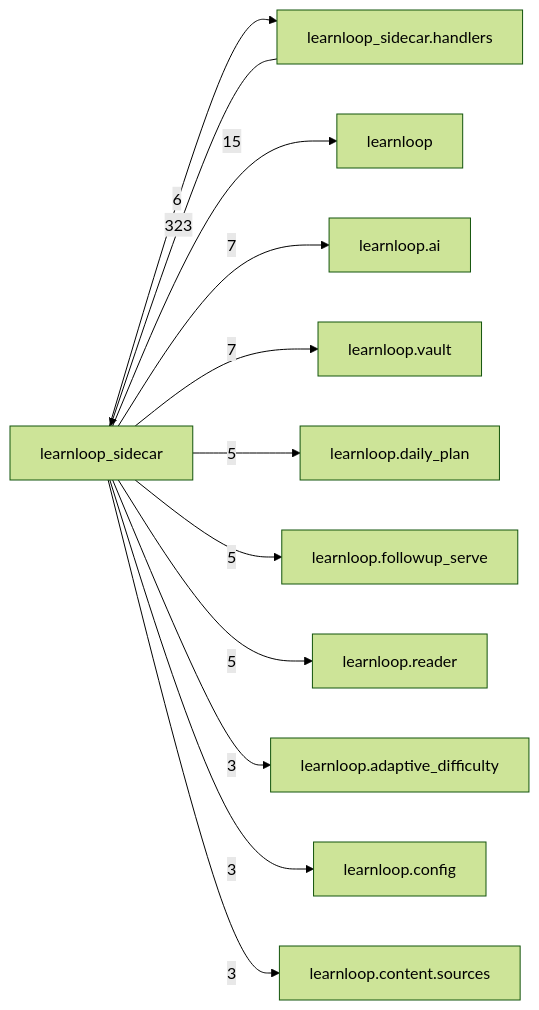
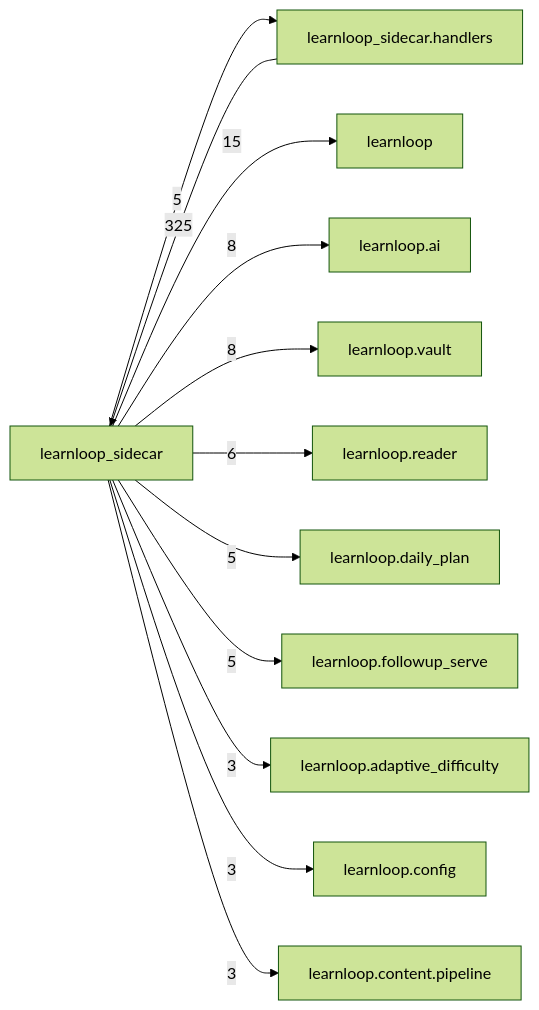
One commit to 6up-b/learnanything changed the diagram in docs/learnloop-architecture-vault/Reference/Modules/learnloop_sidecar/_package.md. Above: the diagram before and after it, drawn with Mermaid (forest theme). The commit also changed other lines of this file and 47 other files, not shown here.

````diff
--- a/docs/learnloop-architecture-vault/Reference/Modules/learnloop_sidecar/_package.md
+++ b/docs/learnloop-architecture-vault/Reference/Modules/learnloop_sidecar/_package.md
@@ -128,25 +130,25 @@
 ```mermaid
 flowchart LR
     center["learnloop_sidecar"]
     n_learnloop_sidecar_handlers["learnloop_sidecar.handlers"]
     n_learnloop["learnloop"]
     n_learnloop_ai["learnloop.ai"]
     n_learnloop_vault["learnloop.vault"]
+    n_learnloop_reader["learnloop.reader"]
     n_learnloop_daily_plan["learnloop.daily_plan"]
     n_learnloop_followup_serve["learnloop.followup_serve"]
-    n_learnloop_reader["learnloop.reader"]
     n_learnloop_adaptive_difficulty["learnloop.adaptive_difficulty"]
     n_learnloop_config["learnloop.config"]
-    n_learnloop_content_sources["learnloop.content.sources"]
-    n_learnloop_sidecar_handlers -->|323| center
-    center -->|6| n_learnloop_sidecar_handlers
+    n_learnloop_content_pipeline["learnloop.content.pipeline"]
+    n_learnloop_sidecar_handlers -->|325| center
+    center -->|5| n_learnloop_sidecar_handlers
     center -->|15| n_learnloop
-    center -->|7| n_learnloop_ai
-    center -->|7| n_learnloop_vault
+    center -->|8| n_learnloop_ai
+    center -->|8| n_learnloop_vault
+    center -->|6| n_learnloop_reader
     center -->|5| n_learnloop_daily_plan
     center -->|5| n_learnloop_followup_serve
-    center -->|5| n_learnloop_reader
     center -->|3| n_learnloop_adaptive_difficulty
     center -->|3| n_learnloop_config
-    center -->|3| n_learnloop_content_sources
+    center -->|3| n_learnloop_content_pipeline
 ```
````
